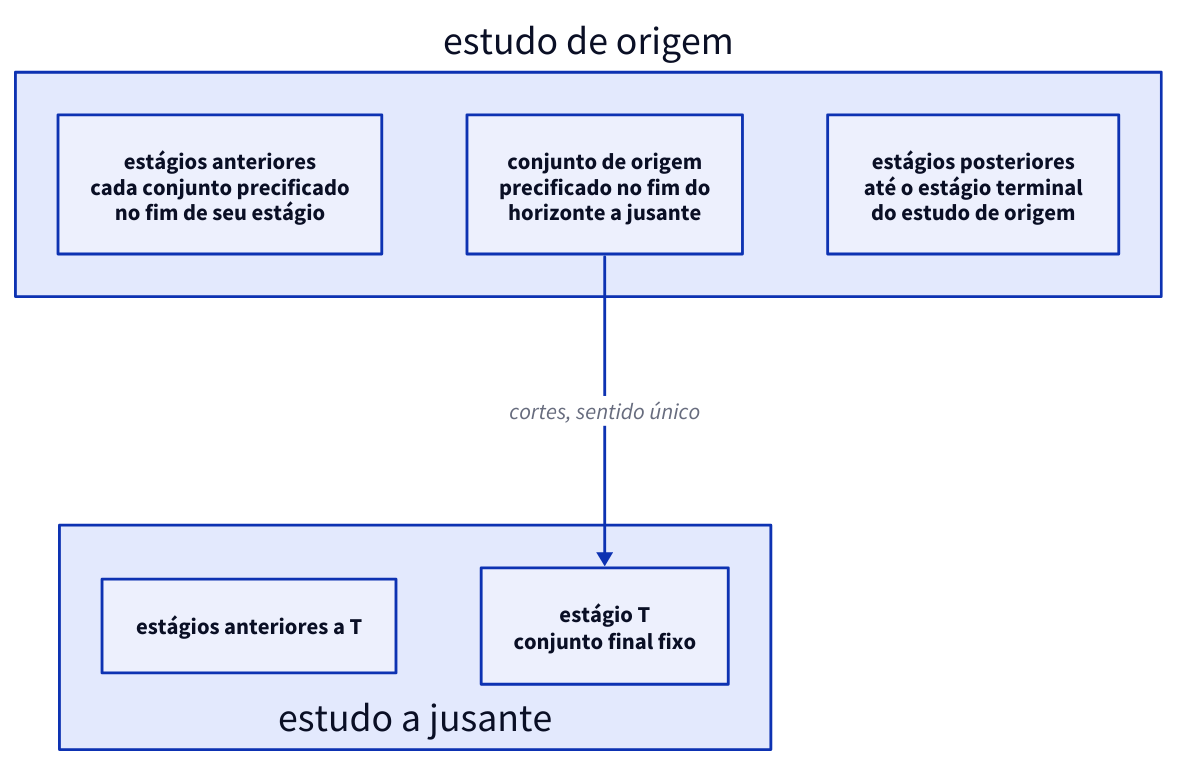
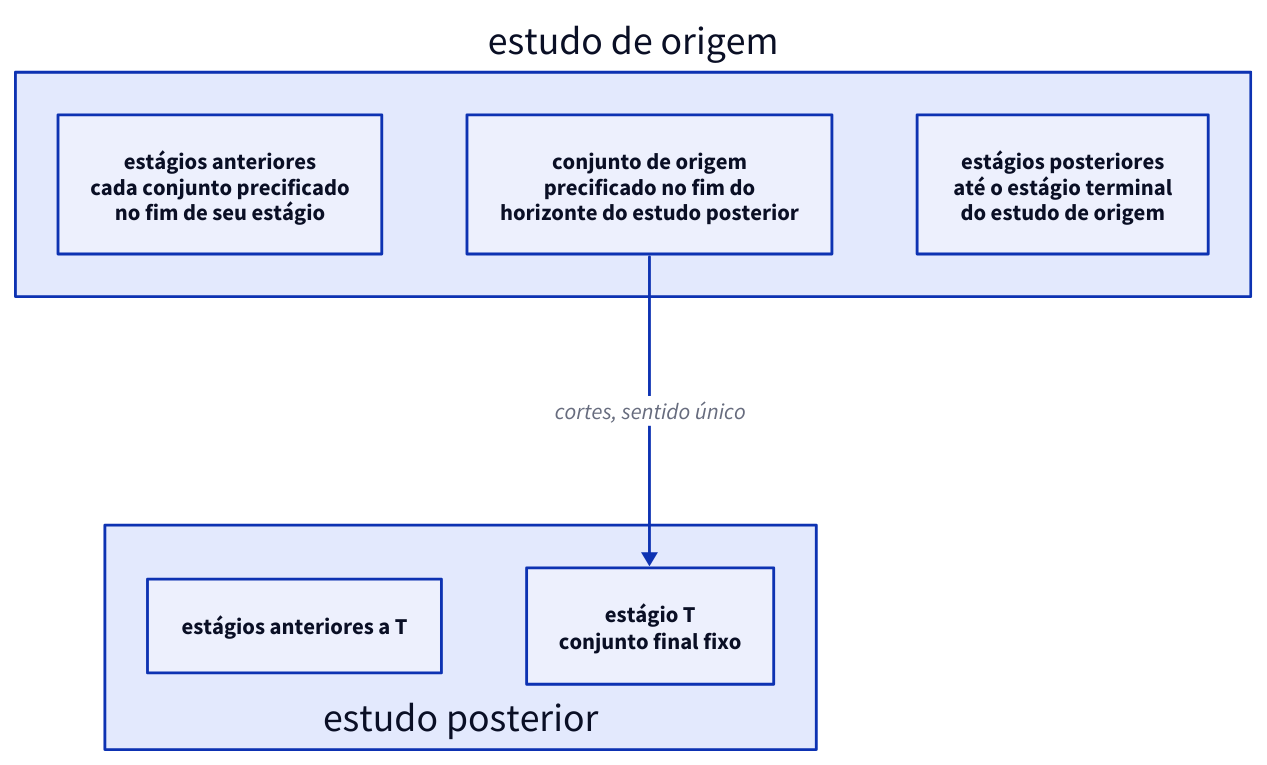
The third of 3 diagrams in src/content/docs/pt-br/math/post-study-boundary.md (ons-ccee-epe/novomodelo-docs), drawn with D2 before and after one commit. The commit also changed other lines of this file and 31 other files, not shown here.

````diff
--- a/src/content/docs/pt-br/math/post-study-boundary.md
+++ b/src/content/docs/pt-br/math/post-study-boundary.md
@@ -269,17 +269,17 @@
 ```d2
 direction: down
 
 upstream: "estudo de origem" {
   early: "estágios anteriores\ncada conjunto precificado\nno fim de seu estágio"
-  source: "conjunto de origem\nprecificado no fim do\nhorizonte a jusante"
+  source: "conjunto de origem\nprecificado no fim do\nhorizonte do estudo posterior"
   later: "estágios posteriores\naté o estágio terminal\ndo estudo de origem"
 }
 
-downstream: "estudo a jusante" {
+downstream: "estudo posterior" {
   label.near: bottom-center
   before: "estágios anteriores a T"
   last: "estágio T\nconjunto final fixo"
 }
 
 upstream.source -> downstream.last: "cortes, sentido único"
 ```
````
